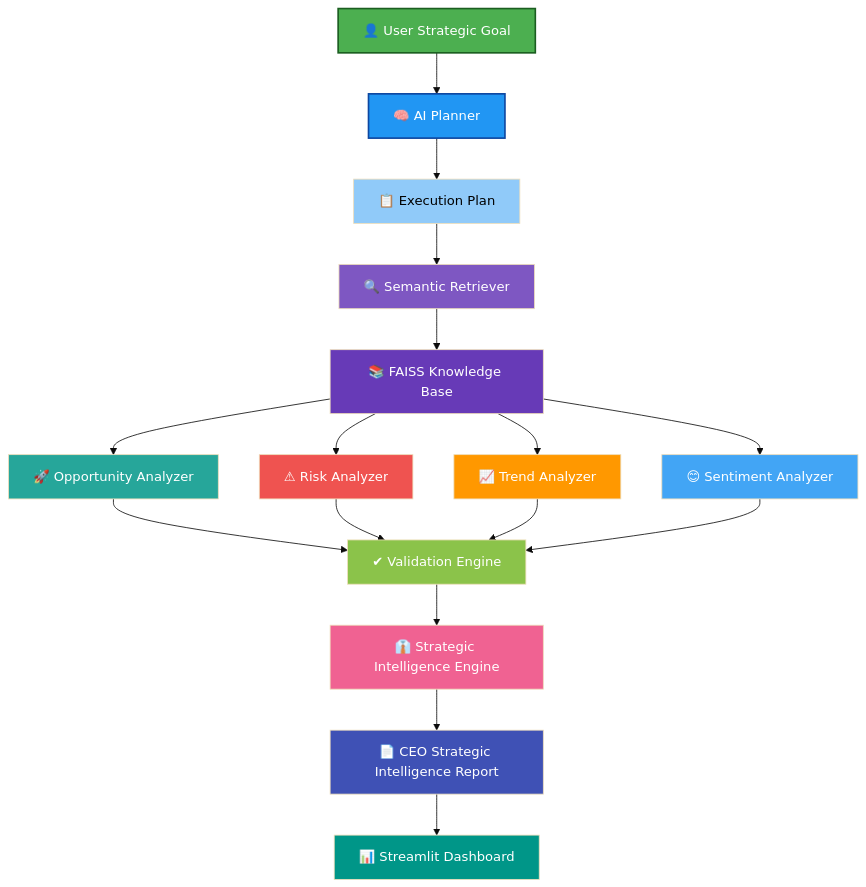
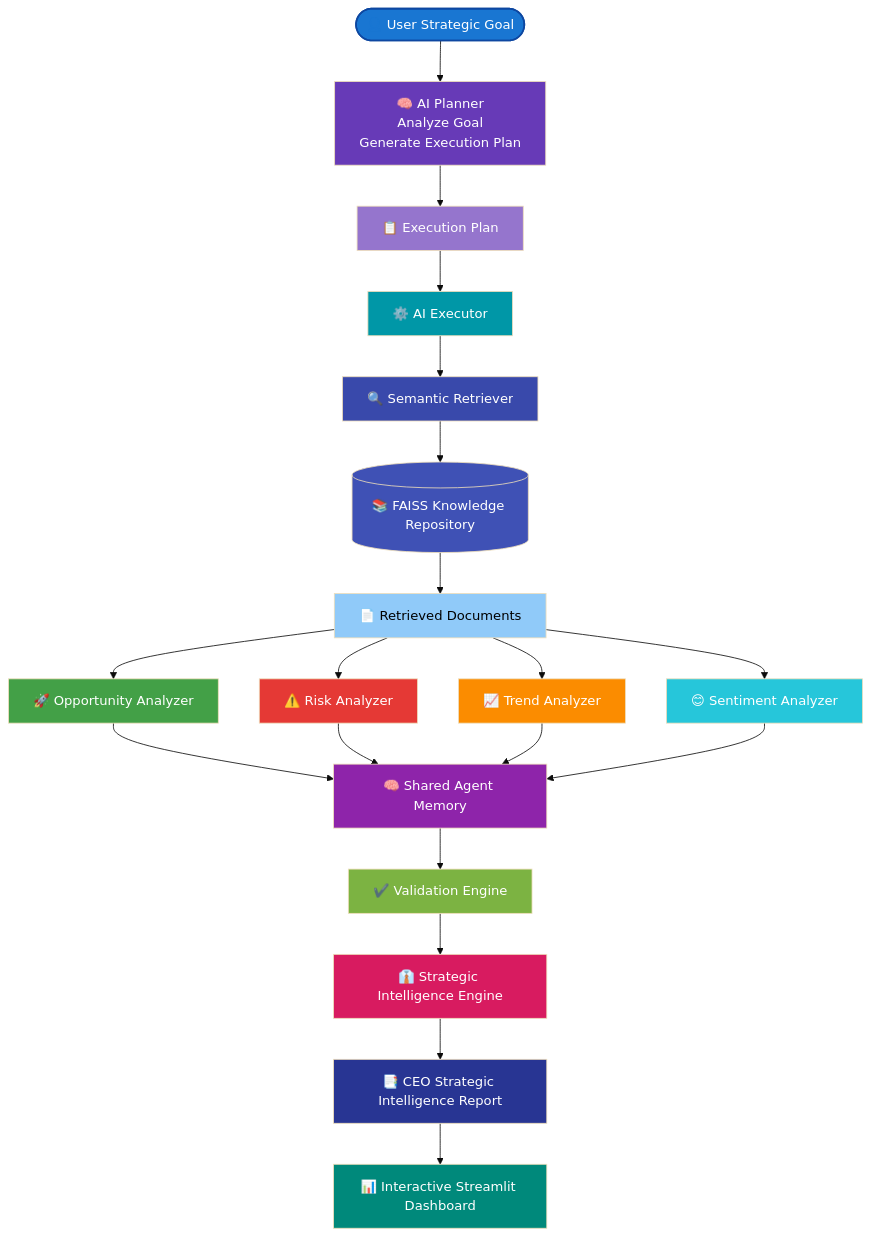
Before and after one commit to Hadassahcme13/ai-ceo-agent: the diagram in README.md, drawn with Mermaid (base theme). The commit also changed other lines of this file, not shown here.

````diff
--- a/README.md
+++ b/README.md
@@ -70,48 +68,62 @@
 ```mermaid
 flowchart TD
 
-    A["👤 User Strategic Goal"] --> B["🧠 AI Planner"]
+A([👤 User Strategic Goal])
 
-    B --> C["📋 Execution Plan"]
+A --> B
 
-    C --> D["🔍 Semantic Retriever"]
+B["🧠 AI Planner
+Analyze Goal
+Generate Execution Plan"]
 
-    D --> E["📚 FAISS Knowledge Base"]
+B --> C["📋 Execution Plan"]
 
-    E --> F["🚀 Opportunity Analyzer"]
+C --> D["⚙️ AI Executor"]
 
-    E --> G["⚠ Risk Analyzer"]
+D --> E["🔍 Semantic Retriever"]
 
-    E --> H["📈 Trend Analyzer"]
+E --> F[("📚 FAISS Knowledge Repository")]
 
-    E --> I["😊 Sentiment Analyzer"]
+F --> G["📄 Retrieved Documents"]
 
-    F --> J["✔ Validation Engine"]
+G --> H["🚀 Opportunity Analyzer"]
 
-    G --> J
+G --> I["⚠️ Risk Analyzer"]
 
-    H --> J
+G --> J["📈 Trend Analyzer"]
 
-    I --> J
+G --> K["😊 Sentiment Analyzer"]
 
-    J --> K["👔 Strategic Intelligence Engine"]
+H --> L["🧠 Shared Agent Memory"]
 
-    K --> L["📄 CEO Strategic Intelligence Report"]
+I --> L
 
-    L --> M["📊 Streamlit Dashboard"]
+J --> L
 
+K --> L
 
-style A fill:#4CAF50,color:#fff,stroke:#1B5E20,stroke-width:2px
-style B fill:#2196F3,color:#fff,stroke:#0D47A1,stroke-width:2px
-style C fill:#90CAF9,color:#000
-style D fill:#7E57C2,color:#fff
-style E fill:#673AB7,color:#fff
-style F fill:#26A69A,color:#fff
-style G fill:#EF5350,color:#fff
-style H fill:#FF9800,color:#fff
-style I fill:#42A5F5,color:#fff
-style J fill:#8BC34A,color:#fff
-style K fill:#F06292,color:#fff
-style L fill:#3F51B5,color:#fff
-style M fill:#009688,color:#fff
+L --> M["✔️ Validation Engine"]
+
+M --> N["👔 Strategic Intelligence Engine"]
+
+N --> O["📑 CEO Strategic Intelligence Report"]
+
+O --> P["📊 Interactive Streamlit Dashboard"]
+
+style A fill:#1976D2,color:#fff,stroke:#0D47A1,stroke-width:2px
+style B fill:#673AB7,color:#fff
+style C fill:#9575CD,color:#fff
+style D fill:#0097A7,color:#fff
+style E fill:#3949AB,color:#fff
+style F fill:#3F51B5,color:#fff
+style G fill:#90CAF9,color:#000
+style H fill:#43A047,color:#fff
+style I fill:#E53935,color:#fff
+style J fill:#FB8C00,color:#fff
+style K fill:#26C6DA,color:#fff
+style L fill:#8E24AA,color:#fff
+style M fill:#7CB342,color:#fff
+style N fill:#D81B60,color:#fff
+style O fill:#283593,color:#fff
+style P fill:#00897B,color:#fff
 ```
````
